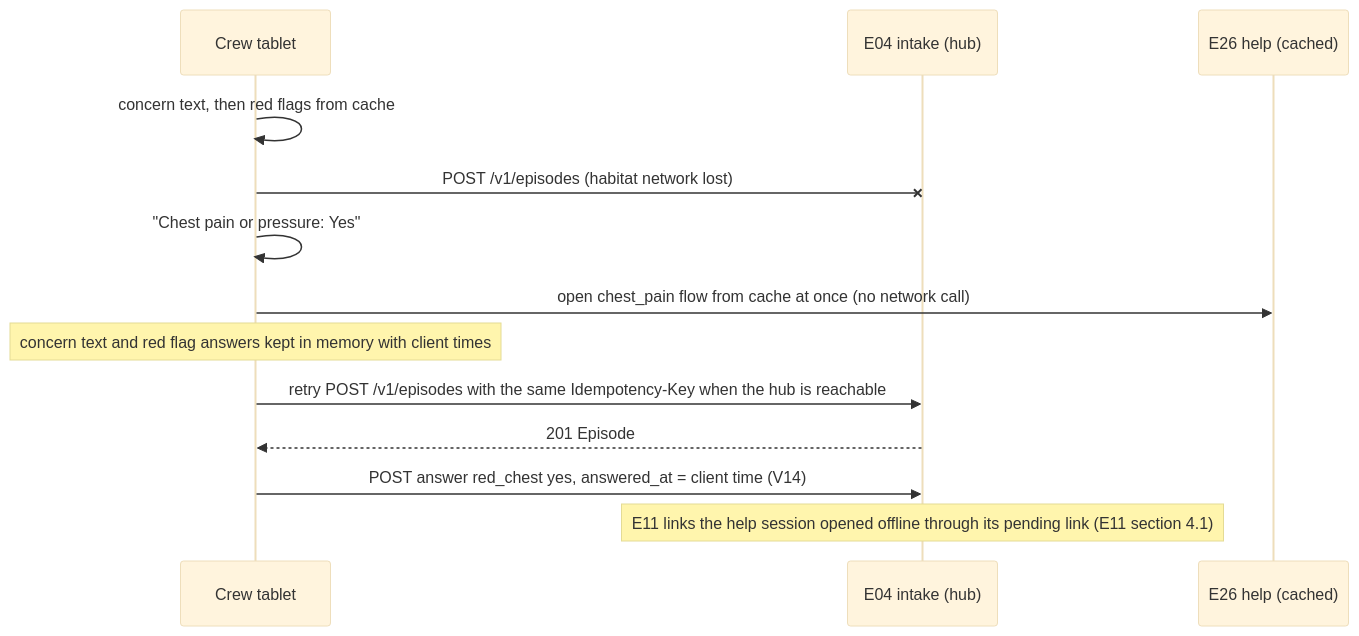
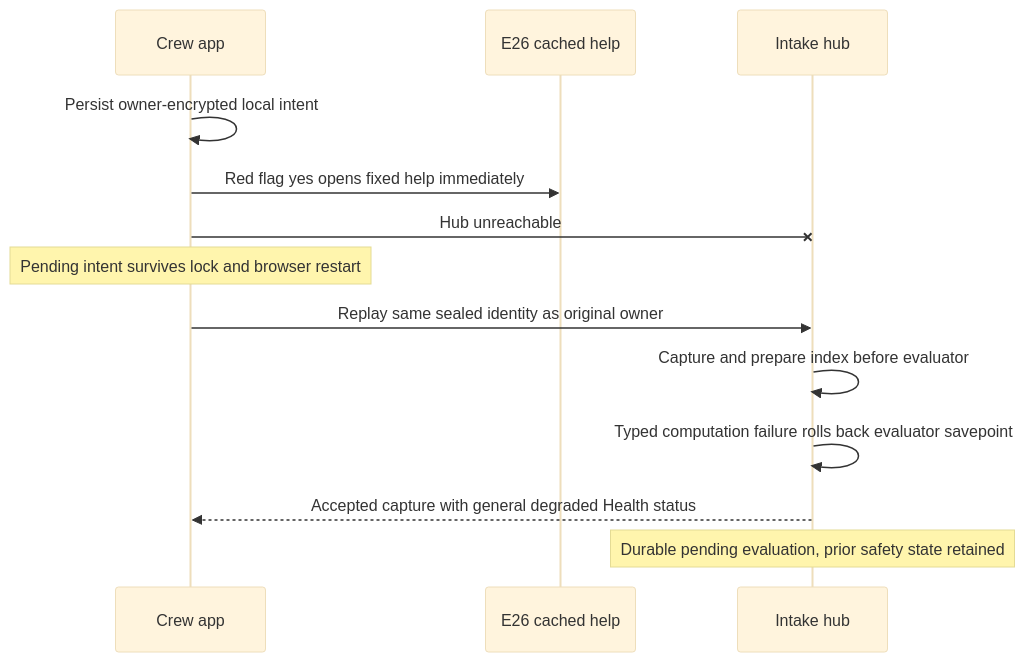
The second of 2 diagrams in docs/tdd/E04.md (joaquingit1/vitales-health), drawn with Mermaid (base theme) before and after one commit. The commit also changed other lines of this file and 9 other files, not shown here.

````diff
--- a/docs/tdd/E04.md
+++ b/docs/tdd/E04.md
@@ -362,15 +213,15 @@
 ```mermaid
 sequenceDiagram
-    participant P as Crew tablet
-    participant I as E04 intake (hub)
-    participant H as E26 help (cached)
-    P->>P: concern text, then red flags from cache
-    P-xI: POST /v1/episodes (habitat network lost)
-    P->>P: "Chest pain or pressure: Yes"
-    P->>H: open chest_pain flow from cache at once (no network call)
-    Note over P: concern text and red flag answers kept in memory with client times
-    P->>I: retry POST /v1/episodes with the same Idempotency-Key when the hub is reachable
-    I-->>P: 201 Episode
-    P->>I: POST answer red_chest yes, answered_at = client time (V14)
-    Note over I: E11 links the help session opened offline through its pending link (E11 section 4.1)
+    participant C as Crew app
+    participant H as E26 cached help
+    participant I as Intake hub
+    C->>C: Persist owner-encrypted local intent
+    C->>H: Red flag yes opens fixed help immediately
+    C-xI: Hub unreachable
+    Note over C: Pending intent survives lock and browser restart
+    C->>I: Replay same sealed identity as original owner
+    I->>I: Capture and prepare index before evaluator
+    I->>I: Typed computation failure rolls back evaluator savepoint
+    I-->>C: Accepted capture with general degraded Health status
+    Note over I: Durable pending evaluation, prior safety state retained
 ```
````
